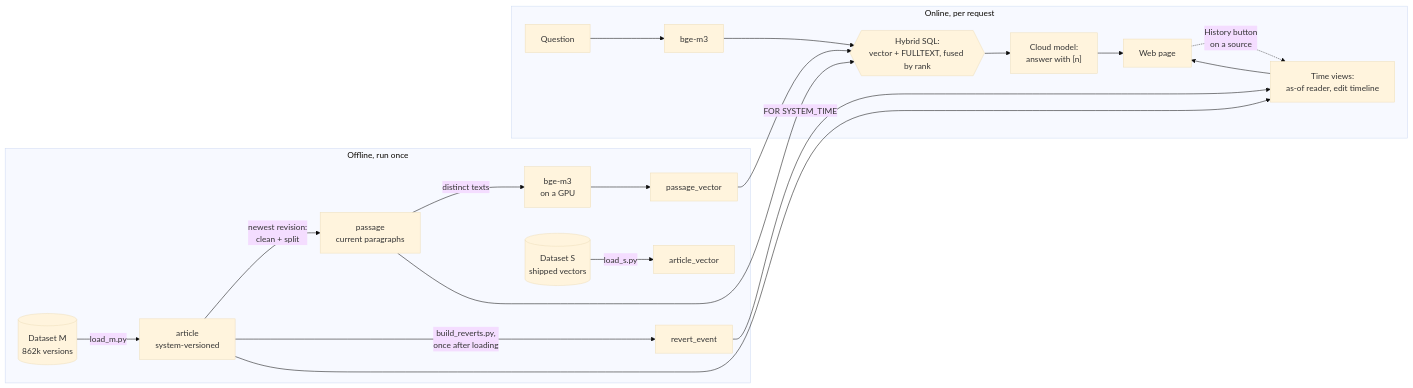
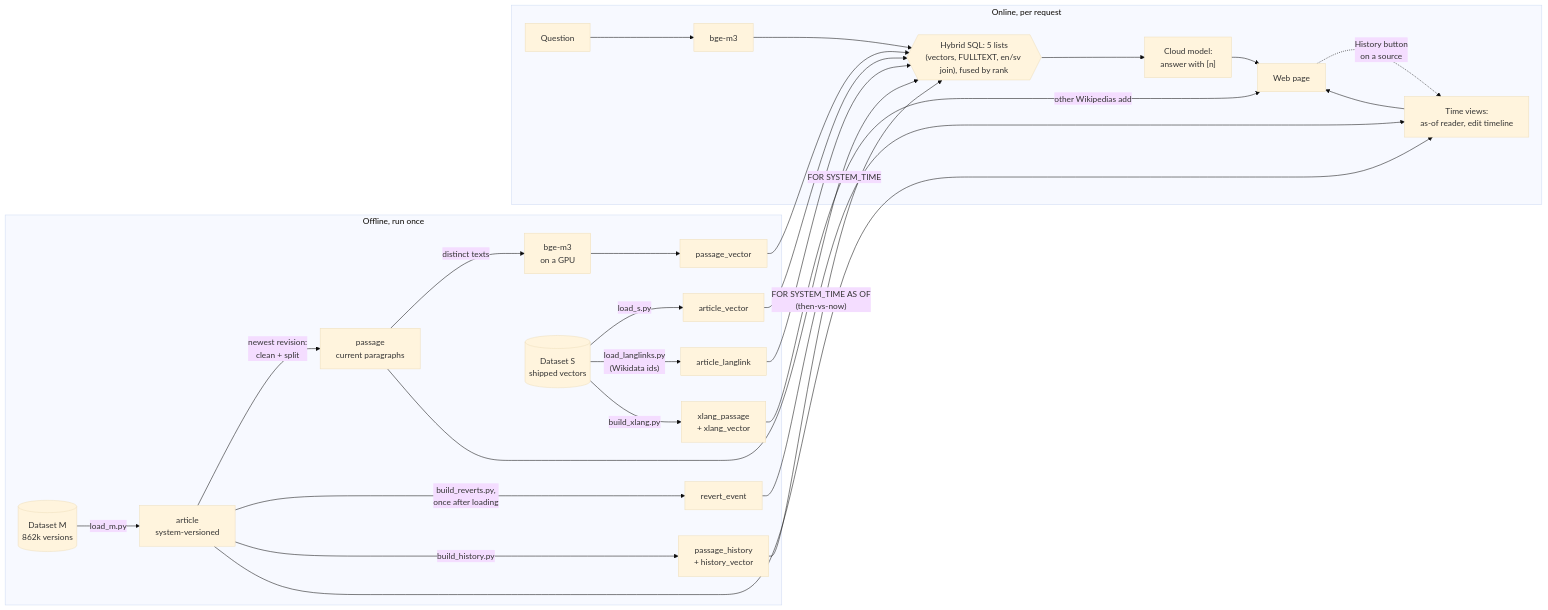
The first of 4 diagrams in docs/architecture.md (trietle145/kerros), drawn with Mermaid (base theme) before and after one commit. The commit also changed other lines of this file and 4 other files, not shown here.

````diff
--- a/docs/architecture.md
+++ b/docs/architecture.md
@@ -165,23 +188,30 @@
 ```mermaid
 flowchart LR
   subgraph offline["Offline, run once"]
     M[("Dataset M<br/>862k versions")] -->|load_m.py| A["article<br/>system-versioned"]
     A -->|"newest revision:<br/>clean + split"| P["passage<br/>current paragraphs"]
     P -->|distinct texts| E["bge-m3<br/>on a GPU"]
     E --> PV["passage_vector"]
     S[("Dataset S<br/>shipped vectors")] -->|load_s.py| AV["article_vector"]
+    S -->|"load_langlinks.py<br/>(Wikidata ids)"| LL["article_langlink"]
+    S -->|"build_xlang.py"| XL["xlang_passage<br/>+ xlang_vector"]
     A -->|"build_reverts.py,<br/>once after loading"| RV["revert_event"]
+    A -->|"build_history.py"| PH["passage_history<br/>+ history_vector"]
   end
   subgraph online["Online, per request"]
     Q["Question"] --> QE["bge-m3"]
-    QE --> R{{"Hybrid SQL:<br/>vector + FULLTEXT, fused by rank"}}
+    QE --> R{{"Hybrid SQL: 5 lists<br/>(vectors, FULLTEXT, en/sv join), fused by rank"}}
     R --> L["Cloud model:<br/>answer with [n]"]
     L --> UI["Web page"]
     T["Time views:<br/>as-of reader, edit timeline"] --> UI
     UI -.->|"History button<br/>on a source"| T
   end
   PV --> R
   P --> R
+  AV --> R
+  LL --> R
+  PH -->|"FOR SYSTEM_TIME AS OF<br/>(then-vs-now)"| R
+  XL -->|"other Wikipedias add"| UI
   A -->|FOR SYSTEM_TIME| T
   RV --> T
 ```
````
